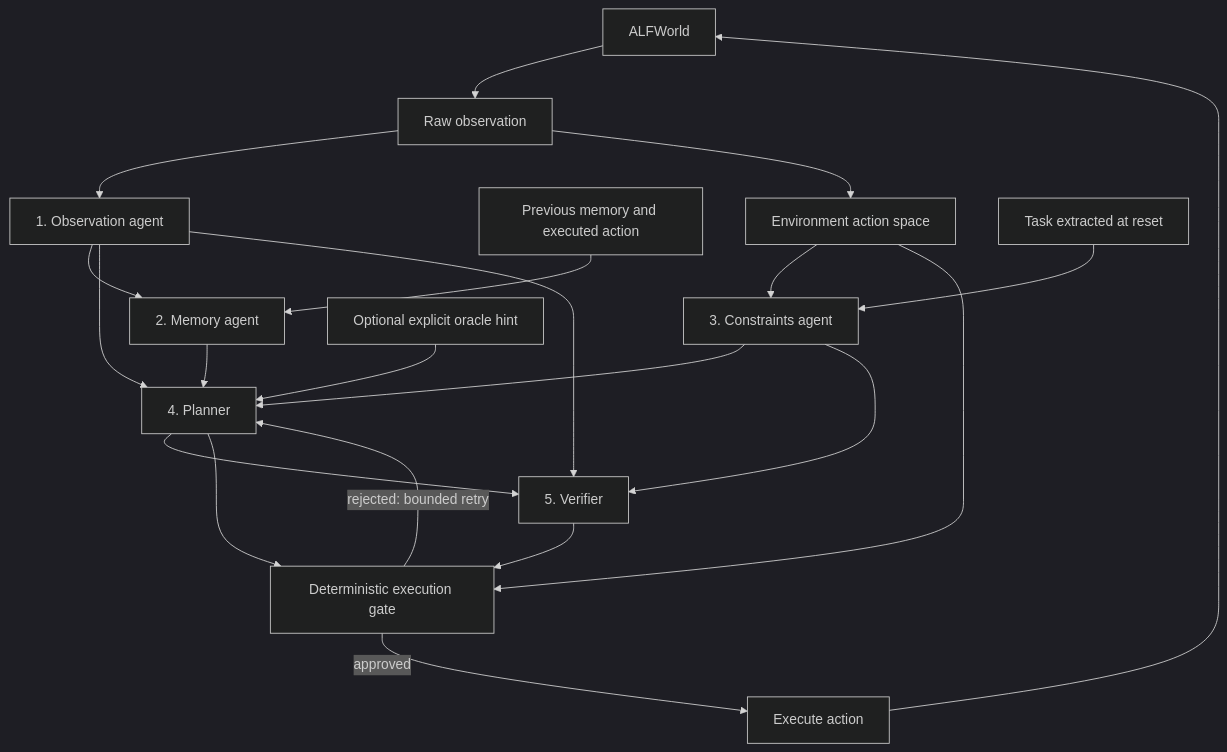
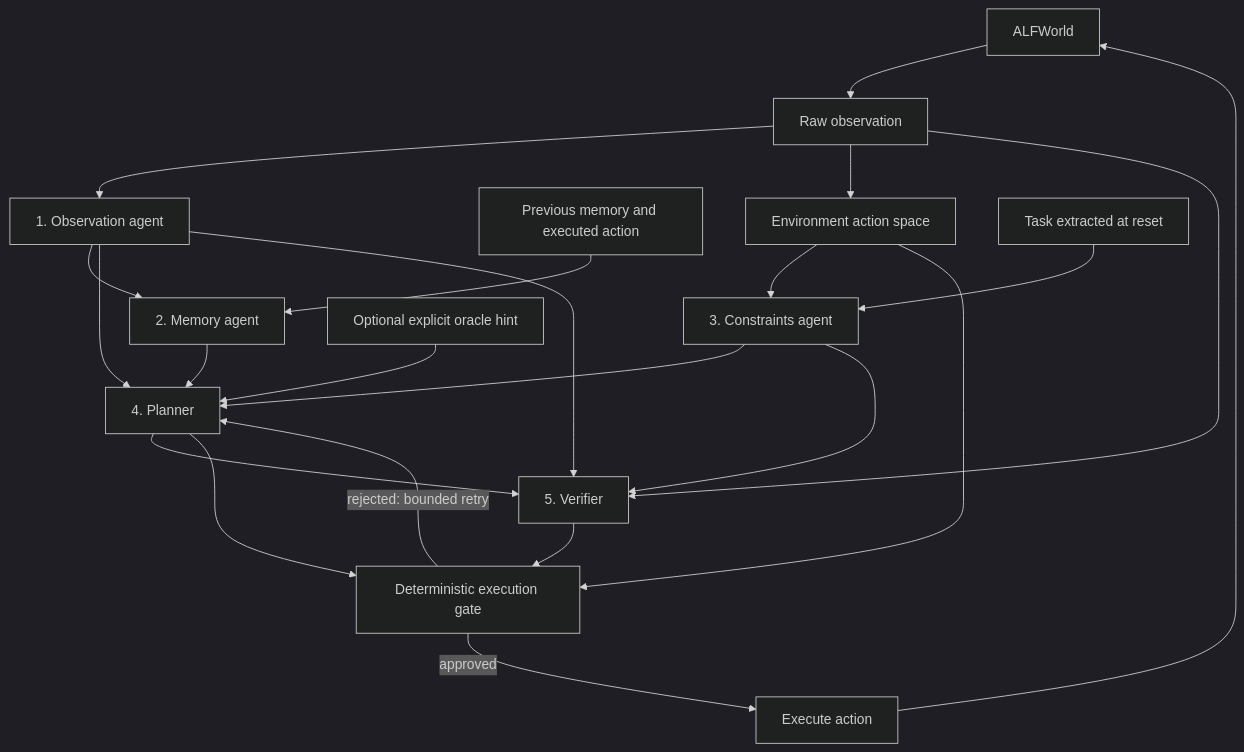
One commit to sunnyhywu/CSE291A-AFL_agent_recovery changed the diagram in README.md. Above: the diagram before and after it, drawn with Mermaid (dark theme). The commit also changed other lines of this file and 32 other files, not shown here.

````diff
--- a/README.md
+++ b/README.md
@@ -16,23 +18,24 @@
 ```mermaid
 flowchart TD
     E[ALFWorld] --> O[Raw observation]
     O --> S[1. Observation agent]
     S --> M[2. Memory agent]
     PM[Previous memory and executed action] --> M
     O --> A[Environment action space]
     T[Task extracted at reset] --> C[3. Constraints agent]
     A --> C
     S --> P[4. Planner]
     M --> P
     C --> P
     H[Optional explicit oracle hint] --> P
     P --> V[5. Verifier]
     S --> V
     C --> V
+    O --> V
     V --> G[Deterministic execution gate]
     P --> G
     A --> G
     G -->|approved| X[Execute action]
     G -->|rejected: bounded retry| P
     X --> E
 ```
````
